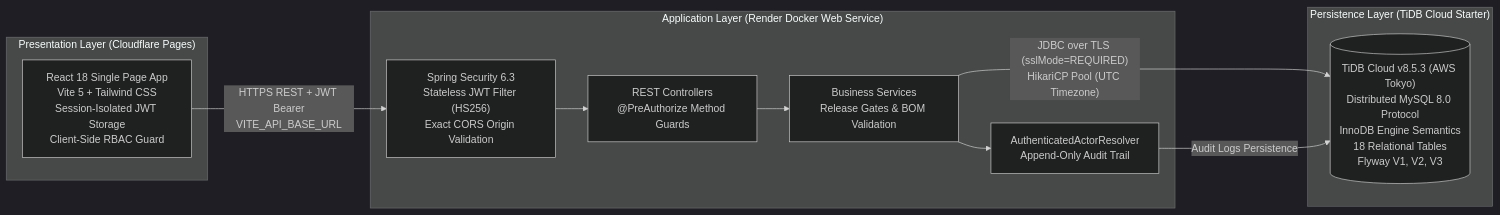
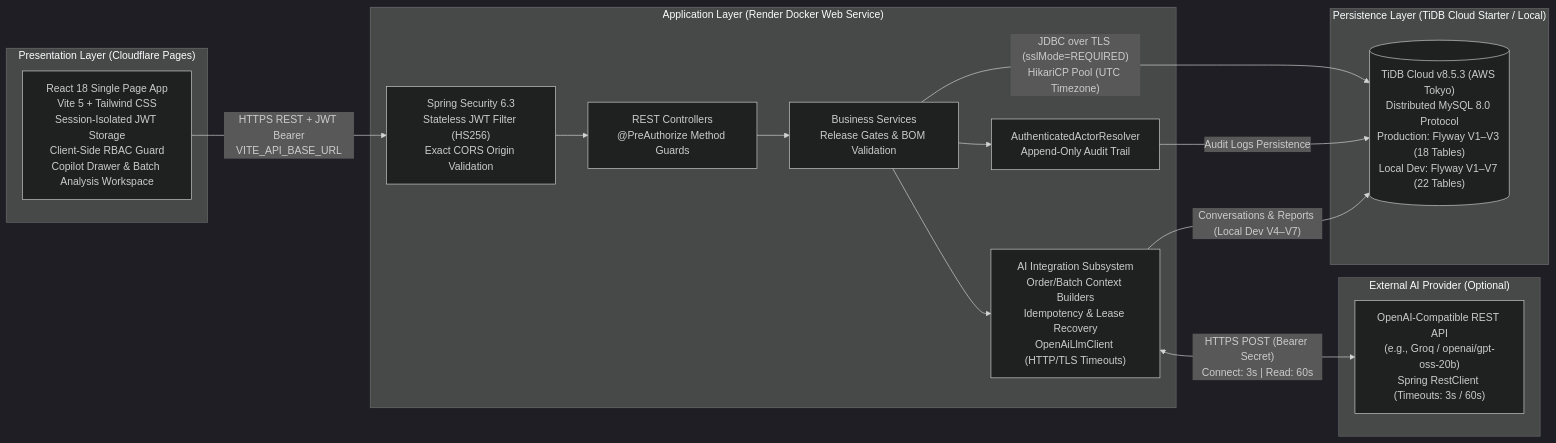
Before and after one commit to nimishaWargantiwar/Pharma-Track: the first of 3 diagrams in README.md, drawn with Mermaid (dark theme). The commit also changed other lines of this file and 140 other files, not shown here.

Commit message:
feat: complete AI Copilot and Batch Analysis workflows

````diff
--- a/README.md
+++ b/README.md
@@ -422,24 +495,32 @@
 ```mermaid
 flowchart LR
     subgraph Client["Presentation Layer (Cloudflare Pages)"]
-        SPA["React 18 Single Page App<br/>Vite 5 + Tailwind CSS<br/>Session-Isolated JWT Storage<br/>Client-Side RBAC Guard"]
+        SPA["React 18 Single Page App<br/>Vite 5 + Tailwind CSS<br/>Session-Isolated JWT Storage<br/>Client-Side RBAC Guard<br/>Copilot Drawer & Batch Analysis Workspace"]
     end
 
     subgraph Backend["Application Layer (Render Docker Web Service)"]
         Security["Spring Security 6.3<br/>Stateless JWT Filter (HS256)<br/>Exact CORS Origin Validation"]
         Controllers["REST Controllers<br/>@PreAuthorize Method Guards"]
         Services["Business Services<br/>Release Gates & BOM Validation"]
+        AiEngine["AI Integration Subsystem<br/>Order/Batch Context Builders<br/>Idempotency & Lease Recovery<br/>OpenAiLlmClient (HTTP/TLS Timeouts)"]
         Auditor["AuthenticatedActorResolver<br/>Append-Only Audit Trail"]
     end
 
-    subgraph Database["Persistence Layer (TiDB Cloud Starter)"]
-        TiDB[("TiDB Cloud v8.5.3 (AWS Tokyo)<br/>Distributed MySQL 8.0 Protocol<br/>InnoDB Engine Semantics<br/>18 Relational Tables<br/>Flyway V1, V2, V3")]
+    subgraph External["External AI Provider (Optional)"]
+        LLM["OpenAI-Compatible REST API<br/>(e.g., Groq / openai/gpt-oss-20b)<br/>Spring RestClient (Timeouts: 3s / 60s)"]
+    end
+
+    subgraph Database["Persistence Layer (TiDB Cloud Starter / Local)"]
+        TiDB[("TiDB Cloud v8.5.3 (AWS Tokyo)<br/>Distributed MySQL 8.0 Protocol<br/>Production: Flyway V1–V3 (18 Tables)<br/>Local Dev: Flyway V1–V7 (22 Tables)")]
     end
 
     SPA -->|"HTTPS REST + JWT Bearer<br/>VITE_API_BASE_URL"| Security
     Security --> Controllers
     Controllers --> Services
     Services --> Auditor
+    Services --> AiEngine
+    AiEngine <-->|"HTTPS POST (Bearer Secret)<br/>Connect: 3s | Read: 60s"| LLM
     Services -->|"JDBC over TLS (sslMode=REQUIRED)<br/>HikariCP Pool (UTC Timezone)"| TiDB
     Auditor -->|"Audit Logs Persistence"| TiDB
+    AiEngine -->|"Conversations & Reports (Local Dev V4–V7)"| TiDB
 ```
````
